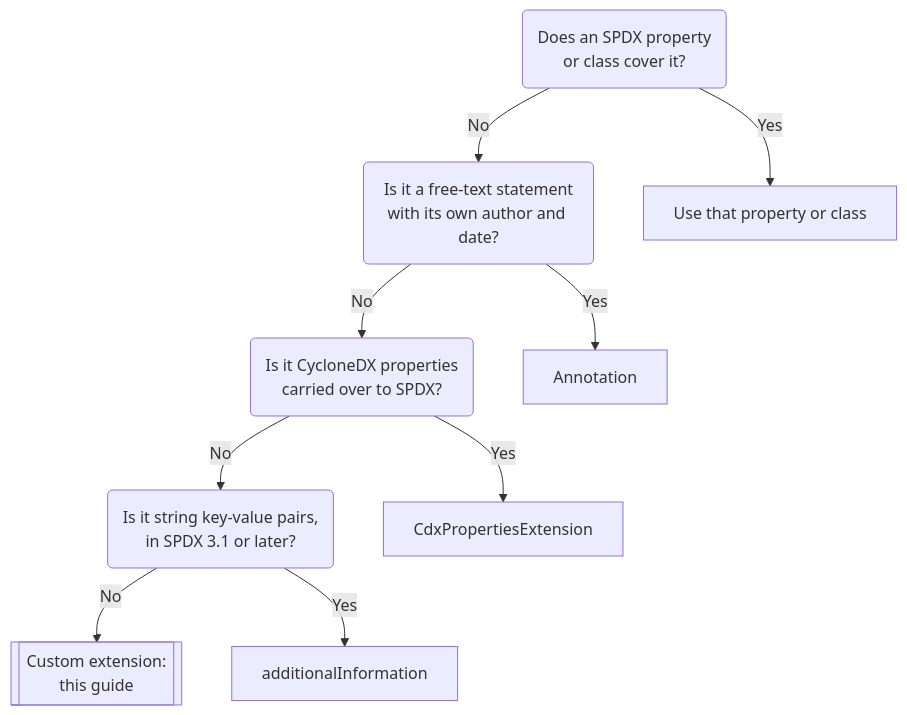
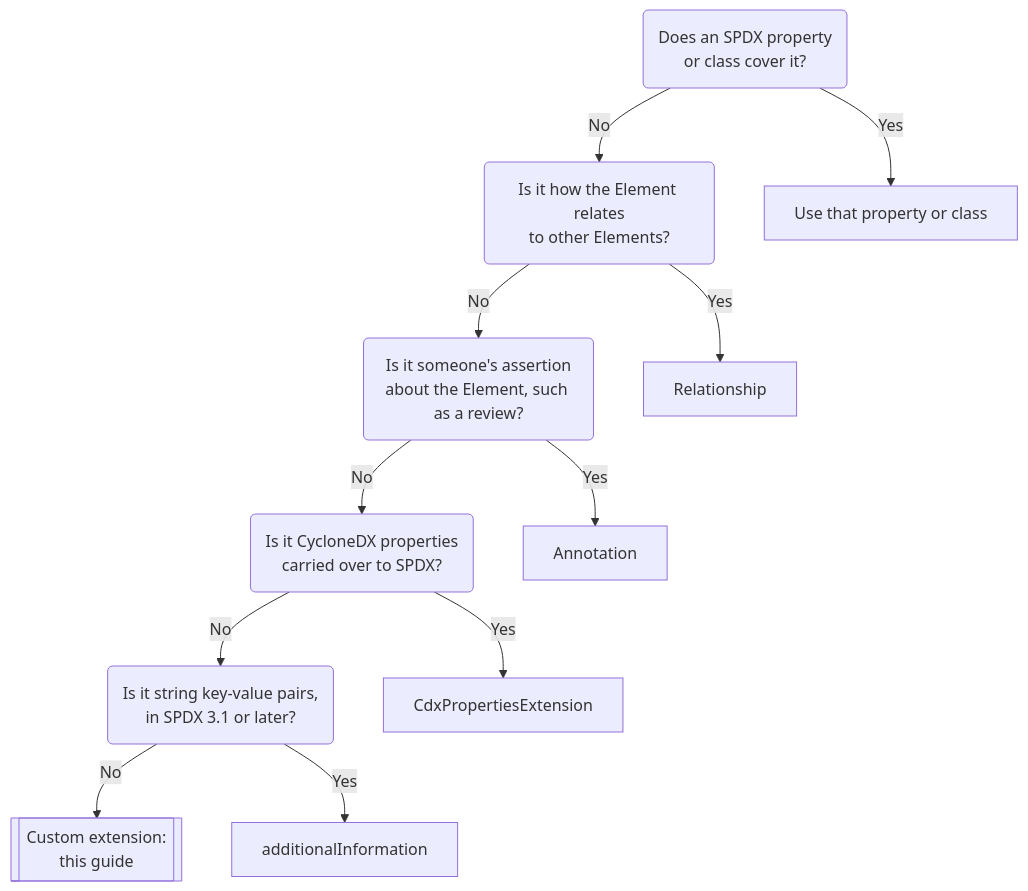
One commit to bact/using changed the first of 3 diagrams in docs/create-an-extension.md. Above: the diagram before and after it, drawn with Mermaid. The commit also changed other lines of this file, not shown here.

First line of the commit message:
Limit Annotation to assertions; add Relationship option

````diff
--- a/docs/create-an-extension.md
+++ b/docs/create-an-extension.md
@@ -44,11 +49,13 @@
 ```mermaid
 flowchart TD
-    q1(Does an SPDX property<br/>or class cover it?) -- No --> q2(Is it a free-text statement<br/>with its own author and date?)
+    q1(Does an SPDX property<br/>or class cover it?) -- No --> q0(Is it how the Element relates<br/>to other Elements?)
+    q0 -- No --> q2(Is it someone's assertion<br/>about the Element, such as a review?)
     q2 -- No --> q3(Is it CycloneDX properties<br/>carried over to SPDX?)
     q3 -- No --> q4(Is it string key-value pairs,<br/>in SPDX 3.1 or later?)
     q4 -- No --> a5[[Custom extension:<br/>this guide]]
     q1 -- Yes --> a1[Use that property or class]
+    q0 -- Yes --> a0[Relationship]
     q2 -- Yes --> a2[Annotation]
     q3 -- Yes --> a3[CdxPropertiesExtension]
     q4 -- Yes --> a4[additionalInformation]
 ```
````
